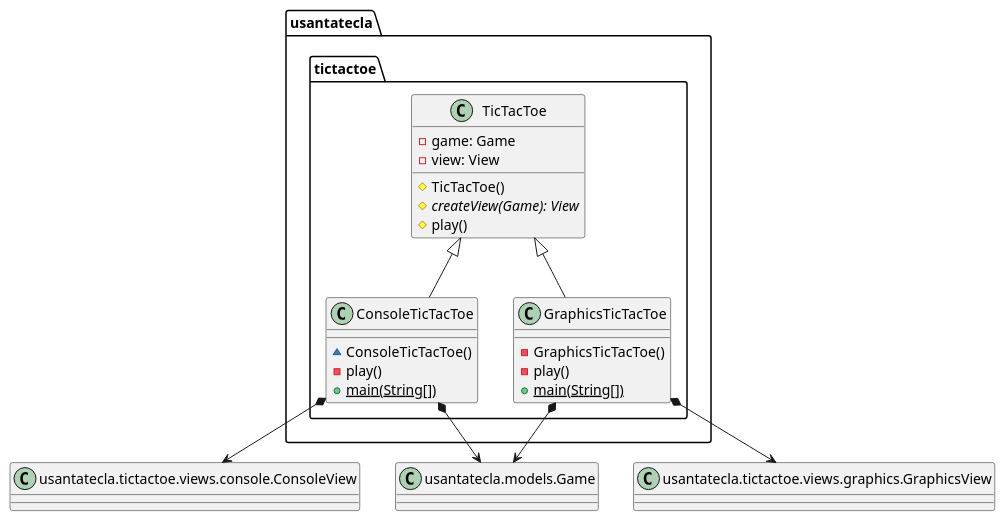
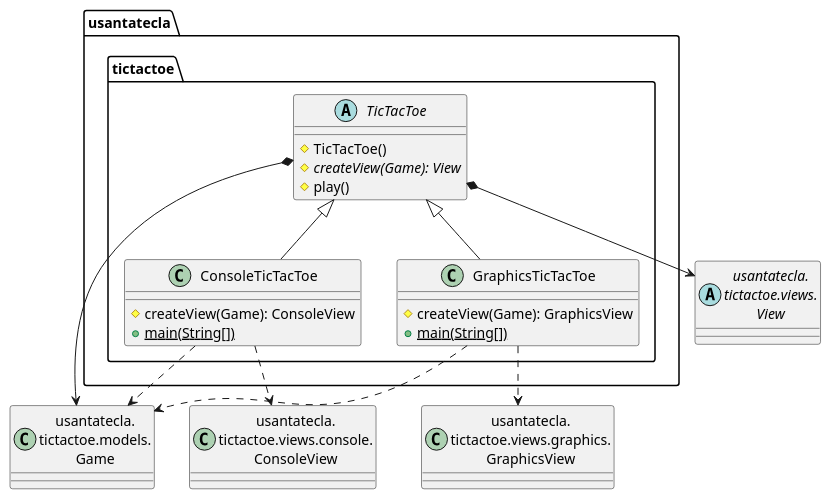
The first of 7 diagrams in documentView/withFactoryMethod/docs/diagrams/src/paquetes.plantuml (Jolucaa/USantaTecla-project-ticTacToe), drawn with PlantUML before and after one commit. The commit also changed other lines of this file and 111 other files, not shown here.

Commit message:
[dv] Added types package + refactored diagrams

```diff
--- a/documentView/withFactoryMethod/docs/diagrams/src/paquetes.plantuml
+++ b/documentView/withFactoryMethod/docs/diagrams/src/paquetes.plantuml
@@ -1,37 +1,31 @@
 @startuml tictactoe
+class Game as "usantatecla.\ntictactoe.models.\nGame"
+abstract class View as "usantatecla.\ntictactoe.views.\nView"
+class ConsoleView as "usantatecla.\ntictactoe.views.console.\nConsoleView"
+class GraphicsView as "usantatecla.\ntictactoe.views.graphics.\nGraphicsView"
+
 class usantatecla.tictactoe.ConsoleTicTacToe {
-
-	~ ConsoleTicTacToe()
-	- play()
+	# createView(Game): ConsoleView
 	+ {static} main(String[])
-
 }
+usantatecla.tictactoe.ConsoleTicTacToe .down.> ConsoleView
+usantatecla.tictactoe.ConsoleTicTacToe .down.> Game
 
 class usantatecla.tictactoe.GraphicsTicTacToe {
+	# createView(Game): GraphicsView
+	+ {static} main(String[])
+}
+usantatecla.tictactoe.GraphicsTicTacToe .down.> GraphicsView
+usantatecla.tictactoe.GraphicsTicTacToe .down.> Game
 
-	- GraphicsTicTacToe()
-	- play()
-	+ {static} main(String[])
-
+abstract class  usantatecla.tictactoe.TicTacToe{
+	# TicTacToe()
+	# {abstract} createView(Game): View
+	# play()
 }
-
-class  usantatecla.tictactoe.TicTacToe{
-- game: Game
-- view: View
-# TicTacToe()
-# {abstract} createView(Game): View
-# play()
-}
-
 usantatecla.tictactoe.TicTacToe <|-down- usantatecla.tictactoe.ConsoleTicTacToe
 usantatecla.tictactoe.TicTacToe <|-down- usantatecla.tictactoe.GraphicsTicTacToe
+usantatecla.tictactoe.TicTacToe *-down-> Game
+usantatecla.tictactoe.TicTacToe *-down-> View
 
-class Game as "usantatecla.models.Game"
-class consoleView as "usantatecla.tictactoe.views.console.ConsoleView"
-class graphicsView as "usantatecla.tictactoe.views.graphics.GraphicsView"
-
-usantatecla.tictactoe.ConsoleTicTacToe *-down-> Game
-usantatecla.tictactoe.GraphicsTicTacToe *-down-> Game
-usantatecla.tictactoe.ConsoleTicTacToe *-down-> consoleView
-usantatecla.tictactoe.GraphicsTicTacToe *-down-> graphicsView
 @enduml
```
